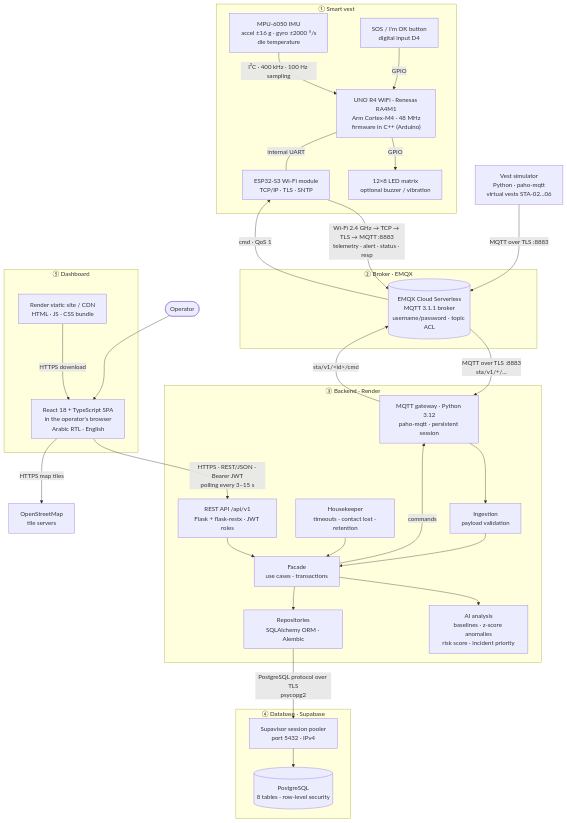
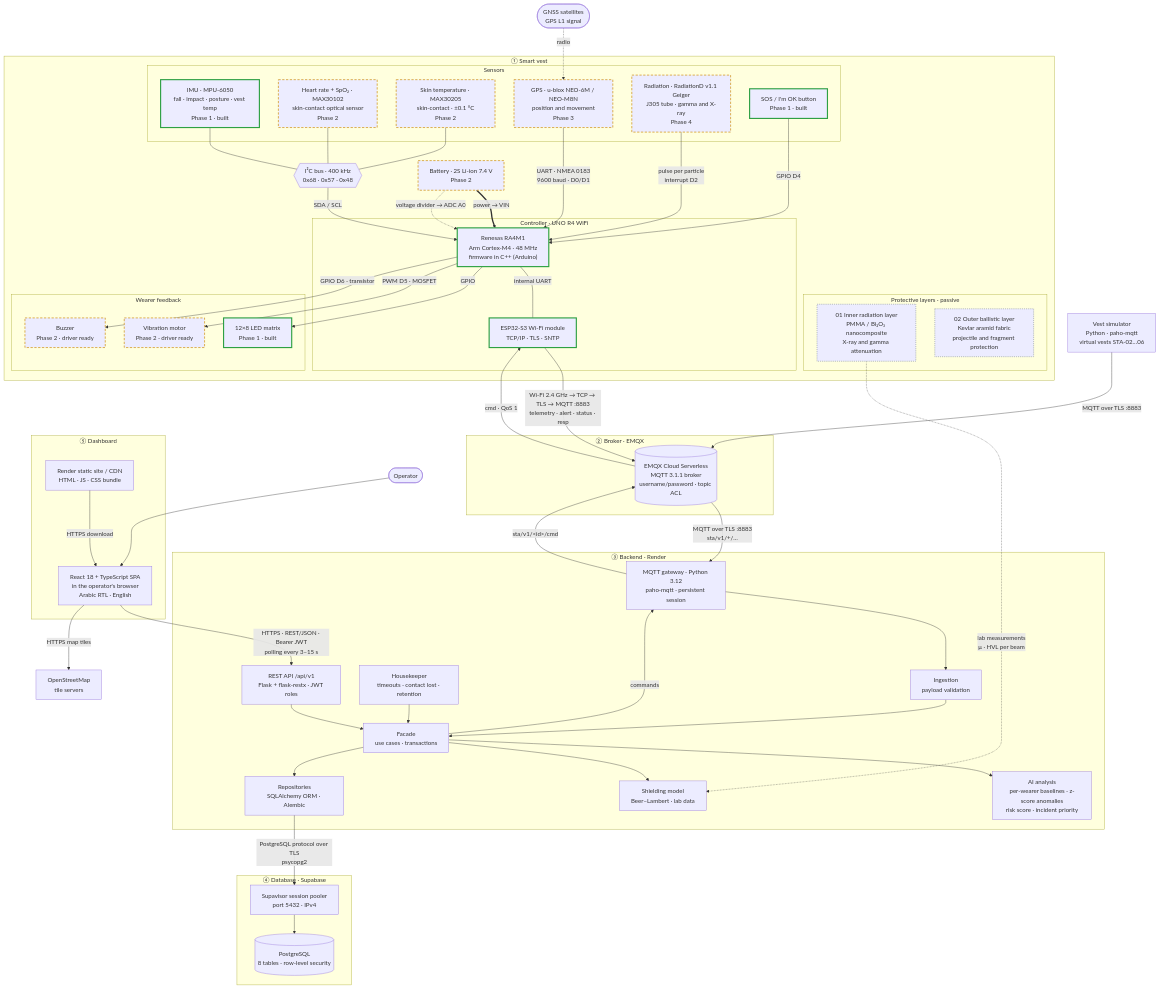
Before and after one commit to 0-Mousa-0/SmartTacticalArmor_IoT: the first of 2 diagrams in docs/10-technical-overview.md, drawn with Mermaid. The commit also changed other lines of this file and 2 other files, not shown here.

First line of the commit message:
docs: complete vest equipment in the end-to-end technical diagram

````diff
--- a/docs/10-technical-overview.md
+++ b/docs/10-technical-overview.md
@@ -43,16 +48,46 @@
 ```mermaid
 flowchart TB
     subgraph VEST["① Smart vest"]
-        IMU["MPU-6050 IMU<br/>accel ±16 g · gyro ±2000 °/s<br/>die temperature"]
-        BTN["SOS / I'm OK button<br/>digital input D4"]
-        MCU["UNO R4 WiFi · Renesas RA4M1<br/>Arm Cortex-M4 · 48 MHz<br/>firmware in C++ (Arduino)"]
-        LED["12×8 LED matrix<br/>optional buzzer / vibration"]
-        WIFI["ESP32-S3 Wi-Fi module<br/>TCP/IP · TLS · SNTP"]
-        IMU -- "I²C · 400 kHz · 100 Hz sampling" --> MCU
-        BTN -- "GPIO" --> MCU
+        subgraph LAYERS["Protective layers · passive"]
+            L1["01 Inner radiation layer<br/>PMMA / Bi₂O₃ nanocomposite<br/>X-ray and gamma attenuation"]
+            L2["02 Outer ballistic layer<br/>Kevlar aramid fabric<br/>projectile and fragment protection"]
+        end
+        subgraph SENS["Sensors"]
+            IMU["IMU · MPU-6050<br/>fall · impact · posture · vest temp<br/>Phase 1 · built"]
+            PPG["Heart rate + SpO₂ · MAX30102<br/>skin-contact optical sensor<br/>Phase 2"]
+            SKT["Skin temperature · MAX30205<br/>skin-contact · ±0.1 °C<br/>Phase 2"]
+            GPS["GPS · u-blox NEO-6M / NEO-M8N<br/>position and movement<br/>Phase 3"]
+            GEI["Radiation · RadiationD v1.1 Geiger<br/>J305 tube · gamma and X-ray<br/>Phase 4"]
+            BTN["SOS / I'm OK button<br/>Phase 1 · built"]
+        end
+        BUS{{"I²C bus · 400 kHz<br/>0x68 · 0x57 · 0x48"}}
+        subgraph CTRL["Controller · UNO R4 WiFi"]
+            MCU["Renesas RA4M1<br/>Arm Cortex-M4 · 48 MHz<br/>firmware in C++ (Arduino)"]
+            WIFI["ESP32-S3 Wi-Fi module<br/>TCP/IP · TLS · SNTP"]
+            MCU -- "internal UART" --- WIFI
+        end
+        subgraph FEED["Wearer feedback"]
+            LED["12×8 LED matrix<br/>Phase 1 · built"]
+            VIB["Vibration motor<br/>Phase 2 · driver ready"]
+            BUZ["Buzzer<br/>Phase 2 · driver ready"]
+        end
+        BAT["Battery · 2S Li-ion 7.4 V<br/>Phase 2"]
+        IMU --- BUS
+        PPG --- BUS
+        SKT --- BUS
+        BUS -- "SDA / SCL" --> MCU
+        GPS -- "UART · NMEA 0183<br/>9600 baud · D0/D1" --> MCU
+        GEI -- "pulse per particle<br/>interrupt D2" --> MCU
+        BTN -- "GPIO D4" --> MCU
+        BAT == "power → VIN" ==> MCU
+        BAT -. "voltage divider → ADC A0" .-> MCU
         MCU -- "GPIO" --> LED
-        MCU -- "internal UART" --- WIFI
+        MCU -- "PWM D5 · MOSFET" --> VIB
+        MCU -- "GPIO D6 · transistor" --> BUZ
     end
+
+    SAT(["GNSS satellites<br/>GPS L1 signal"])
+    SAT -. "radio" .-> GPS
 
     SIM["Vest simulator<br/>Python · paho-mqtt<br/>virtual vests STA-02…06"]
 
@@ -64,12 +99,14 @@
         GW["MQTT gateway · Python 3.12<br/>paho-mqtt · persistent session"]
         ING["Ingestion<br/>payload validation"]
         FAC["Facade<br/>use cases · transactions"]
-        AI["AI analysis<br/>baselines · z-score anomalies<br/>risk score · incident priority"]
+        AI["AI analysis<br/>per-wearer baselines · z-score anomalies<br/>risk score · incident priority"]
+        SHD["Shielding model<br/>Beer–Lambert · lab data"]
         HK["Housekeeper<br/>timeouts · contact lost · retention"]
         REST["REST API /api/v1<br/>Flask + flask-restx · JWT roles"]
         ORM["Repositories<br/>SQLAlchemy ORM · Alembic"]
         GW --> ING --> FAC
         FAC --> AI
+        FAC --> SHD
         HK --> FAC
         REST --> FAC
         FAC --> ORM
@@ -100,4 +137,12 @@
     SPA -- "HTTPS · REST/JSON · Bearer JWT<br/>polling every 3–15 s" --> REST
     SPA -- "HTTPS map tiles" --> OSM
     OP --> SPA
+    L1 -. "lab measurements<br/>μ · HVL per beam" .-> SHD
+
+    classDef built stroke:#2ea043,stroke-width:3px
+    classDef planned stroke:#d29922,stroke-width:2px,stroke-dasharray:6 4
+    classDef passive stroke:#8b949e,stroke-width:2px,stroke-dasharray:2 3
+    class IMU,BTN,LED,MCU,WIFI built
+    class PPG,SKT,GPS,GEI,VIB,BUZ,BAT planned
+    class L1,L2 passive
 ```
````
